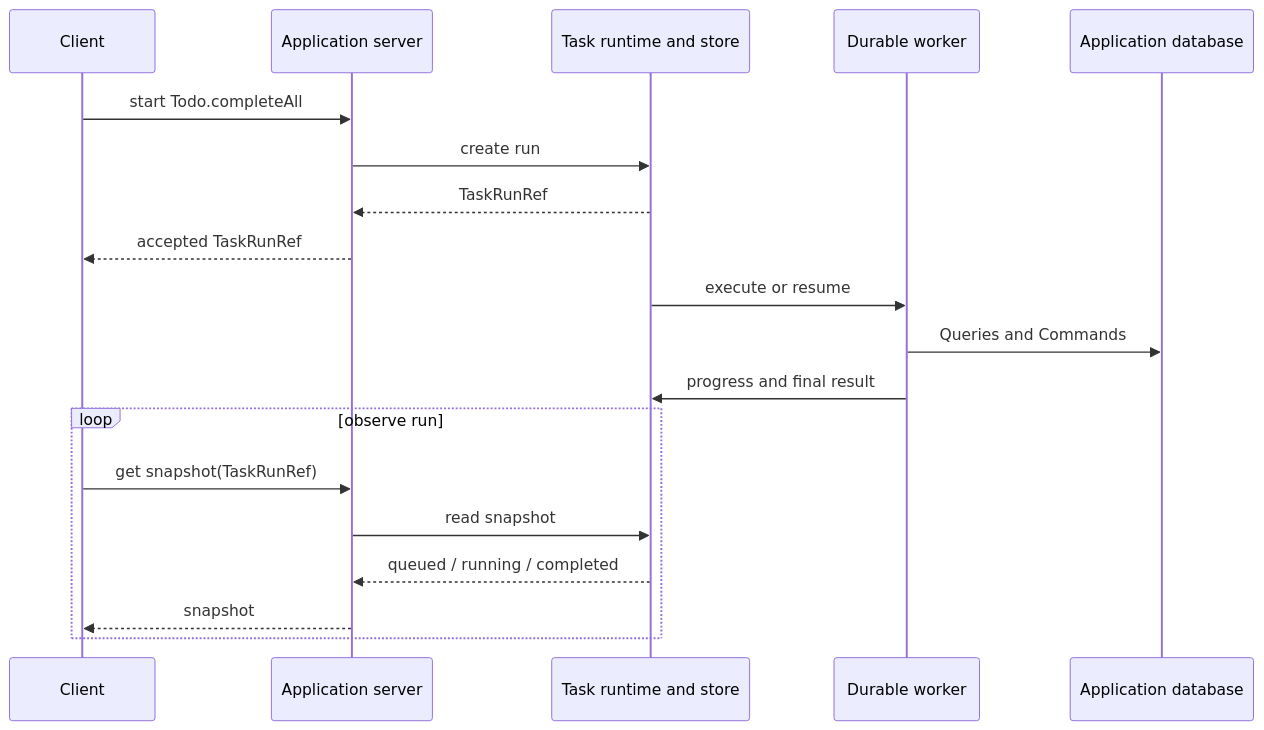
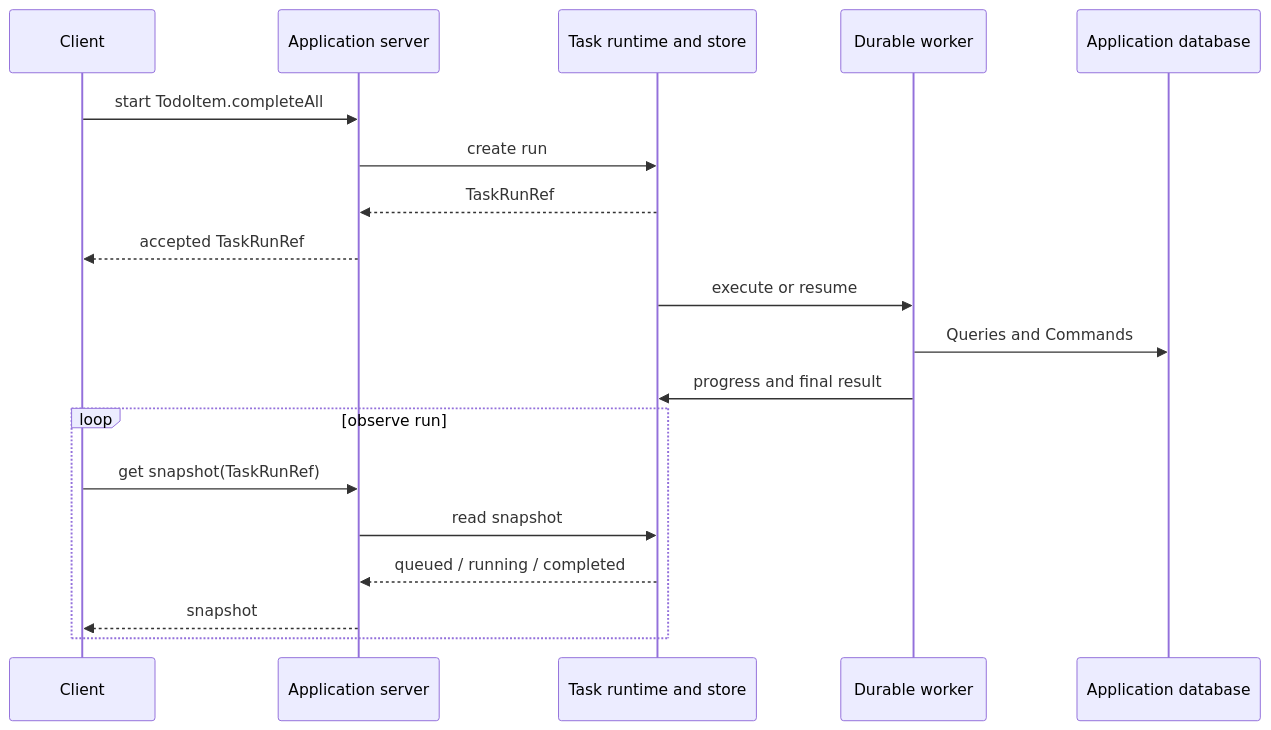
Before and after one commit to javifernandes/ontahi-library: the diagram in library/02-ontahi-for-developers/02-core-concepts/09-durable-operations.md, drawn with Mermaid. The commit also changed other lines of this file and 13 other files, not shown here.

````diff
--- a/library/02-ontahi-for-developers/02-core-concepts/09-durable-operations.md
+++ b/library/02-ontahi-for-developers/02-core-concepts/09-durable-operations.md
@@ -70,23 +70,23 @@
 ```mermaid
 sequenceDiagram
   participant Client
   participant Server as Application server
   participant Tasks as Task runtime and store
   participant Worker as Durable worker
   participant DB as Application database
 
-  Client->>Server: start Todo.completeAll
+  Client->>Server: start TodoItem.completeAll
   Server->>Tasks: create run
   Tasks-->>Server: TaskRunRef
   Server-->>Client: accepted TaskRunRef
   Tasks->>Worker: execute or resume
   Worker->>DB: Queries and Commands
   Worker->>Tasks: progress and final result
 
   loop observe run
     Client->>Server: get snapshot(TaskRunRef)
     Server->>Tasks: read snapshot
     Tasks-->>Server: queued / running / completed
     Server-->>Client: snapshot
   end
 ```
````
